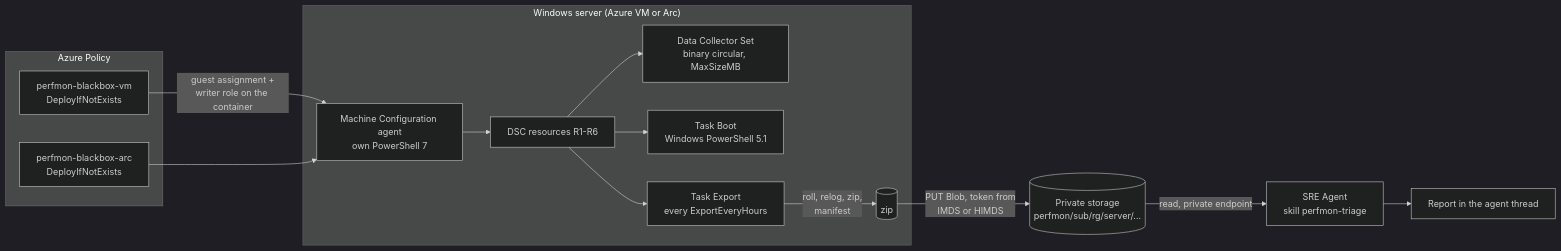
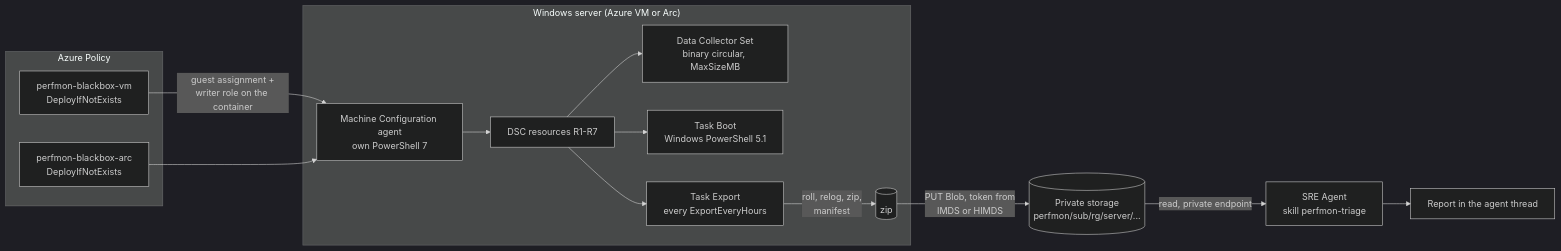
Before and after one commit to VezirOrg/sreagent-playbook: the diagram in playbooks/perfmon-blackbox/docs/architecture.md, drawn with Mermaid (dark theme). The commit also changed other lines of this file and 7 other files, not shown here.

````diff
--- a/playbooks/perfmon-blackbox/docs/architecture.md
+++ b/playbooks/perfmon-blackbox/docs/architecture.md
@@ -30,19 +30,19 @@
 ```mermaid
 flowchart LR
   subgraph Azure Policy
     PV[perfmon-blackbox-vm<br/>DeployIfNotExists]
     PA[perfmon-blackbox-arc<br/>DeployIfNotExists]
   end
   subgraph Server["Windows server (Azure VM or Arc)"]
-    MC[Machine Configuration agent<br/>own PowerShell 7] --> R[DSC resources R1-R6]
+    MC[Machine Configuration agent<br/>own PowerShell 7] --> R[DSC resources R1-R7]
     R --> DCS[Data Collector Set<br/>binary circular, MaxSizeMB]
     R --> T1[Task Boot<br/>Windows PowerShell 5.1]
     R --> T2[Task Export<br/>every ExportEveryHours]
     T2 -->|roll, relog, zip,<br/>manifest| Z[(zip)]
   end
   PV -->|guest assignment +<br/>writer role on the container| MC
   PA --> MC
   Z -->|PUT Blob, token from<br/>IMDS or HIMDS| ST[(Private storage<br/>perfmon/sub/rg/server/...)]
   ST -->|read, private endpoint| AG[SRE Agent<br/>skill perfmon-triage]
   AG --> REP[Report in the agent thread]
 ```
````
